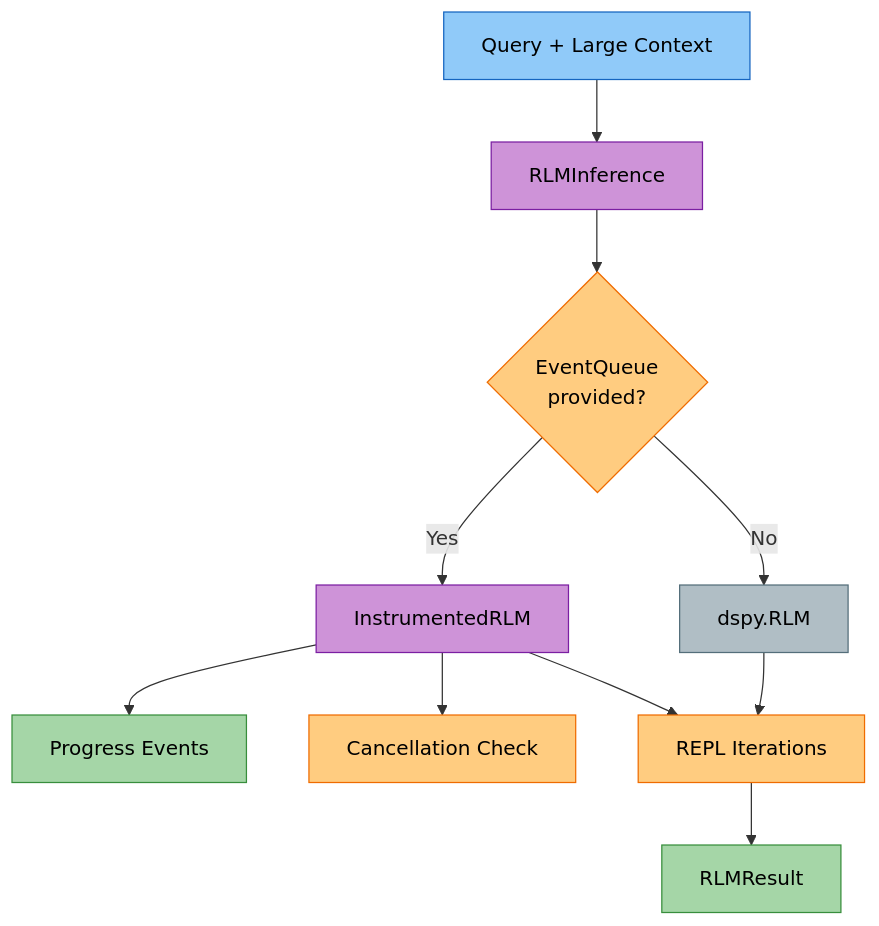
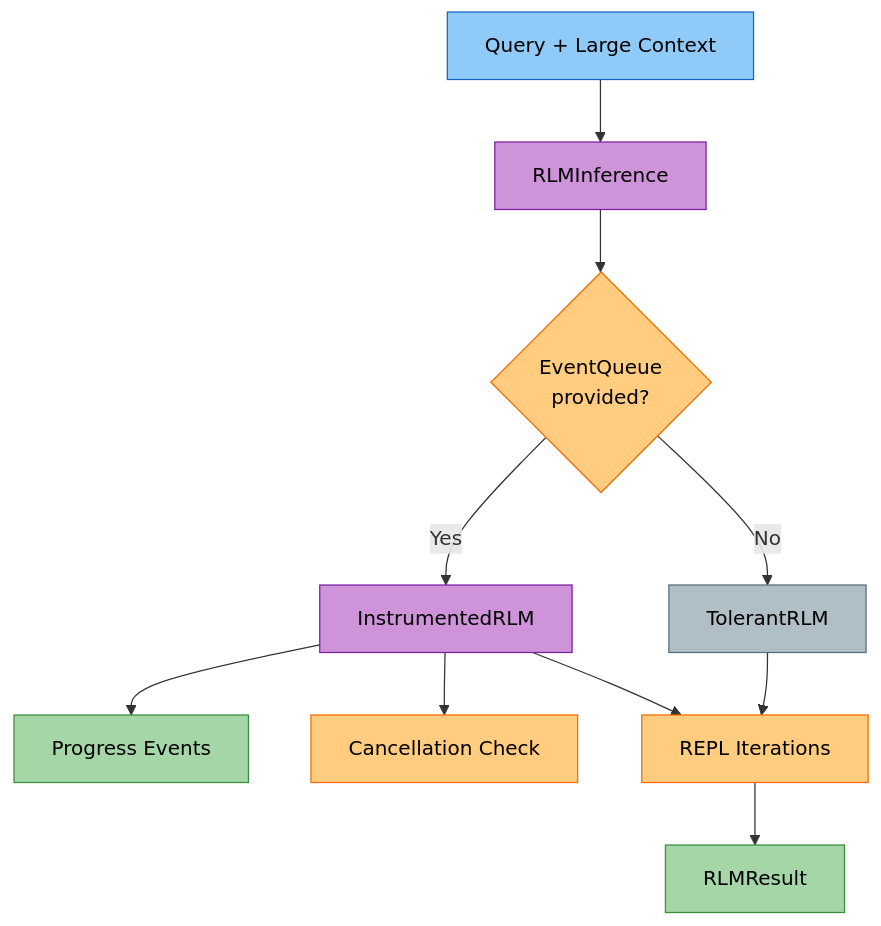
Before and after one commit to amit-jain/cogniverse: diagram 18 of 18 in docs/modules/agents.md, drawn with Mermaid. The commit also changed other lines of this file and 42 other files, not shown here.

````diff
--- a/docs/modules/agents.md
+++ b/docs/modules/agents.md
@@ -4667,27 +4669,27 @@
 ```mermaid
 flowchart TD
     Query["<span style='color:#000'>Query + Large Context</span>"] --> RLM["<span style='color:#000'>RLMInference</span>"]
 
     RLM --> Check{"<span style='color:#000'>EventQueue<br/>provided?</span>"}
 
     Check -->|Yes| Instrumented["<span style='color:#000'>InstrumentedRLM</span>"]
-    Check -->|No| Standard["<span style='color:#000'>dspy.RLM</span>"]
+    Check -->|No| Standard["<span style='color:#000'>TolerantRLM</span>"]
 
     Instrumented --> Events["<span style='color:#000'>Progress Events</span>"]
     Instrumented --> Cancel["<span style='color:#000'>Cancellation Check</span>"]
 
     Standard --> Process["<span style='color:#000'>REPL Iterations</span>"]
     Instrumented --> Process
 
     Process --> Result["<span style='color:#000'>RLMResult</span>"]
 
     style Query fill:#90caf9,stroke:#1565c0,color:#000
     style RLM fill:#ce93d8,stroke:#7b1fa2,color:#000
     style Check fill:#ffcc80,stroke:#ef6c00,color:#000
     style Instrumented fill:#ce93d8,stroke:#7b1fa2,color:#000
     style Standard fill:#b0bec5,stroke:#546e7a,color:#000
     style Events fill:#a5d6a7,stroke:#388e3c,color:#000
     style Cancel fill:#ffcc80,stroke:#ef6c00,color:#000
     style Process fill:#ffcc80,stroke:#ef6c00,color:#000
     style Result fill:#a5d6a7,stroke:#388e3c,color:#000
 ```
````
